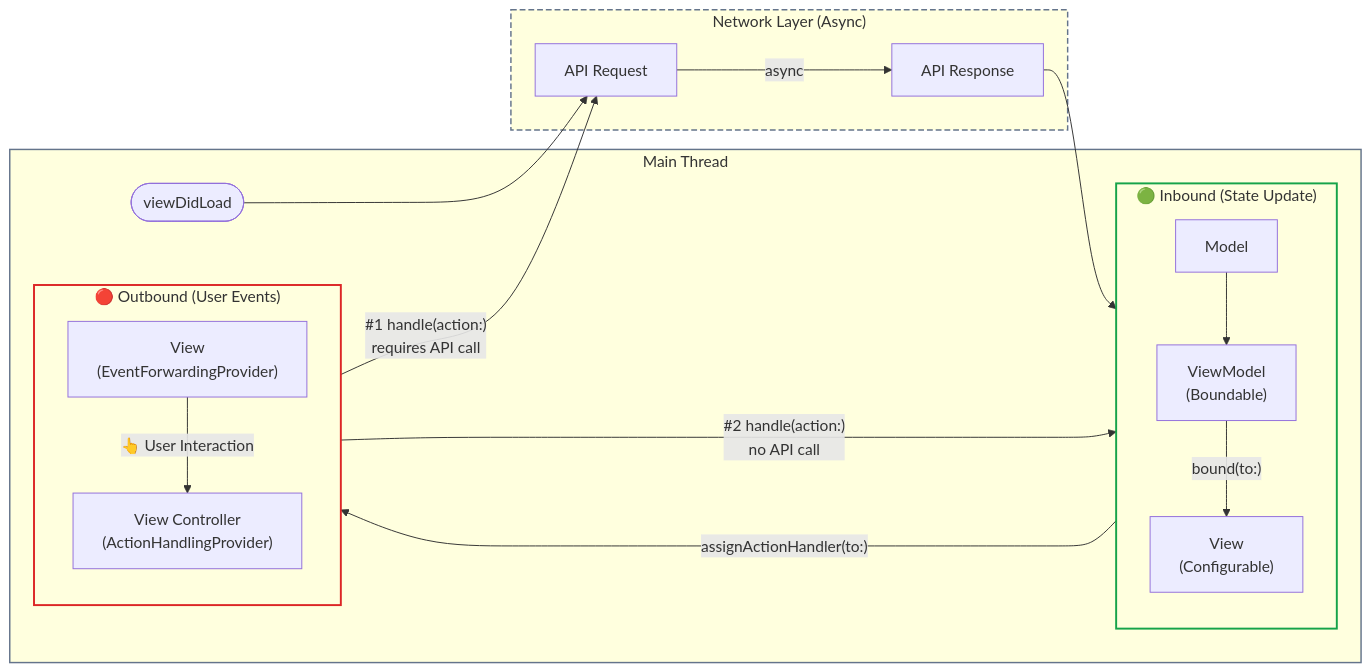
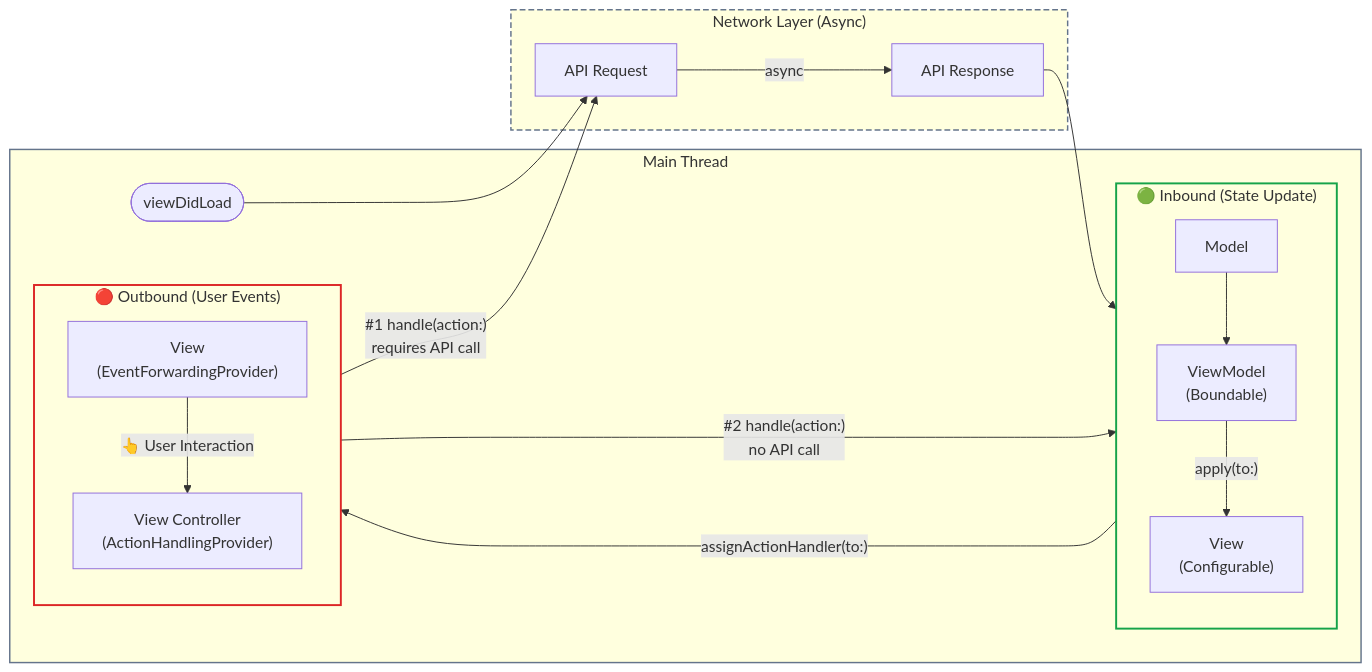
The first of 2 diagrams in README.md (dSunny90/SendingState), drawn with Mermaid before and after one commit.

Commit message:
Fix typos in README

````diff
--- a/README.md
+++ b/README.md
@@ -19,33 +19,33 @@
 ```mermaid
 flowchart LR
     subgraph MainThread["Main Thread"]
         Start(["viewDidLoad"])
 
         subgraph Inbound["🟢 Inbound (State Update)"]
             direction TB
             Model["Model"] --> ViewModel["ViewModel<br/>(Boundable)"]
-            ViewModel -->|"bound(to:)"| View1["View<br/>(Configurable)"]
+            ViewModel -->|"apply(to:)"| View1["View<br/>(Configurable)"]
         end
 
         subgraph Outbound["🔴 Outbound (User Events)"]
             direction TB
             View2["View<br/>(EventForwardingProvider)"] -->|"👆 User Interaction"| ViewController["View Controller<br/>(ActionHandlingProvider)"]
         end
     end
 
     subgraph BgThread["Network Layer (Async)"]
         Request["API Request"] -->|"async"| Response["API Response"]
     end
 
     Start --> Request
     Response --> Inbound
     Inbound -->|"assignActionHandler(to:)"| Outbound
 
     Outbound -->|"#1 handle(action:)<br/>requires API call"| Request
     Outbound -->|"#2 handle(action:)<br/>no API call"| Inbound
 
     style Inbound stroke:#16a34a,stroke-width:2px
     style Outbound stroke:#dc2626,stroke-width:2px
     style MainThread stroke:#64748b,stroke-width:1.5px
     style BgThread stroke:#64748b,stroke-width:1.5px,stroke-dasharray: 6 3
 ```
````
